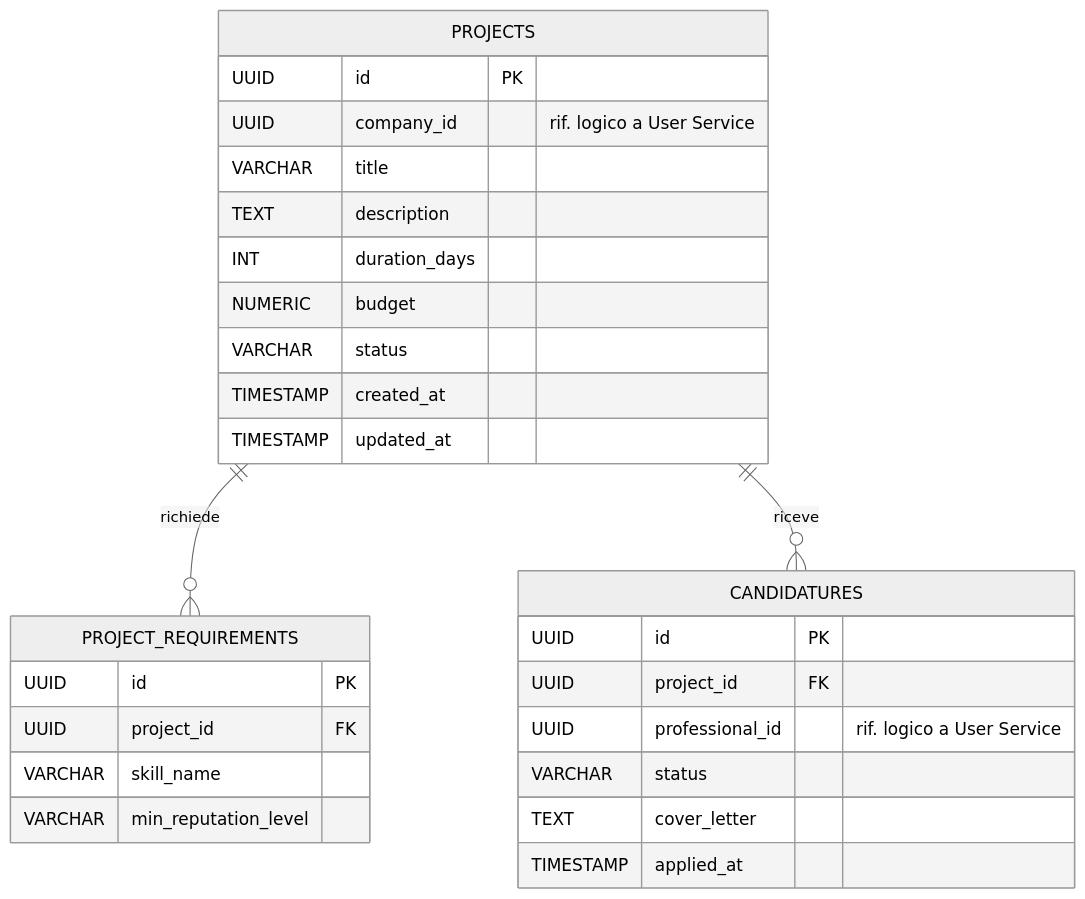
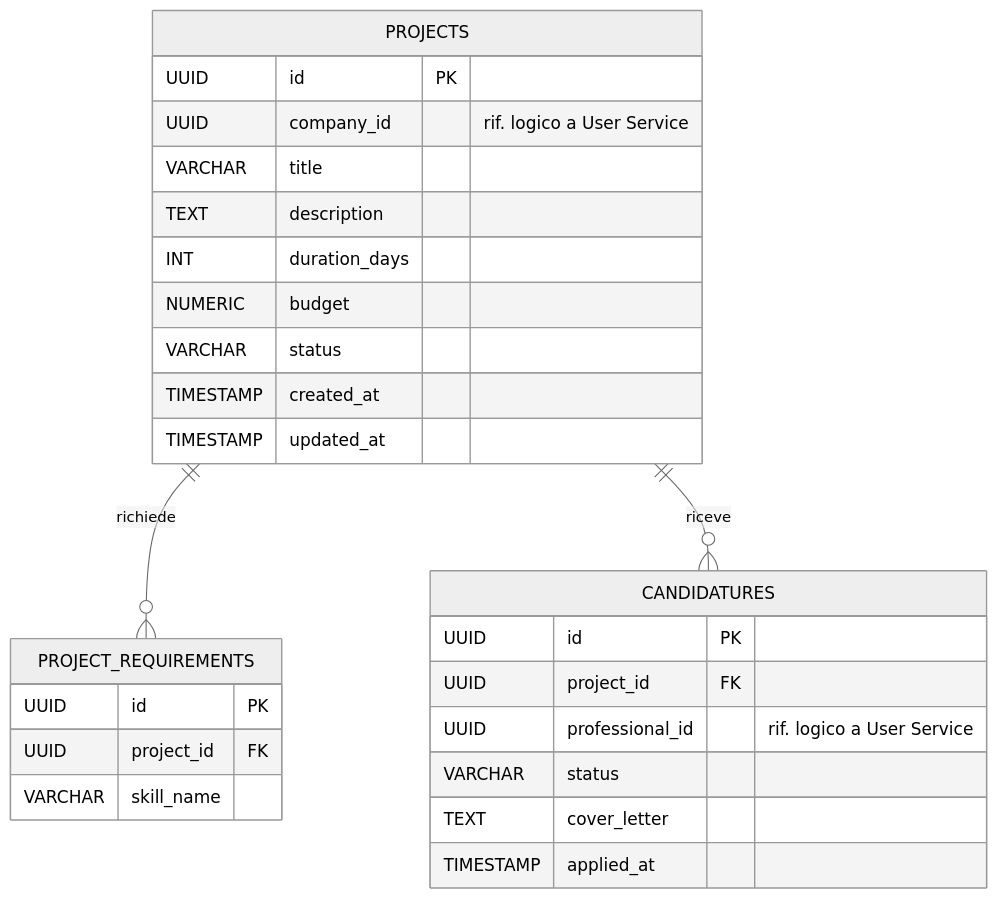
The diagram in docs/er-diagrams/project-service-er.md (aandrioli62/skillmatch-2026), drawn with Mermaid (neutral theme) before and after one commit. The commit also changed other lines of this file and 79 other files, not shown here.

````diff
--- a/docs/er-diagrams/project-service-er.md
+++ b/docs/er-diagrams/project-service-er.md
@@ -5,33 +5,32 @@
 ```mermaid
 erDiagram
     PROJECTS ||--o{ PROJECT_REQUIREMENTS : "richiede"
     PROJECTS ||--o{ CANDIDATURES : "riceve"
 
     PROJECTS {
         UUID id PK
         UUID company_id "rif. logico a User Service"
         VARCHAR title
         TEXT description
         INT duration_days
         NUMERIC budget
         VARCHAR status
         TIMESTAMP created_at
         TIMESTAMP updated_at
     }
 
     PROJECT_REQUIREMENTS {
         UUID id PK
         UUID project_id FK
         VARCHAR skill_name
-        VARCHAR min_reputation_level
     }
 
     CANDIDATURES {
         UUID id PK
         UUID project_id FK
         UUID professional_id "rif. logico a User Service"
         VARCHAR status
         TEXT cover_letter
         TIMESTAMP applied_at
     }
 ```
````
